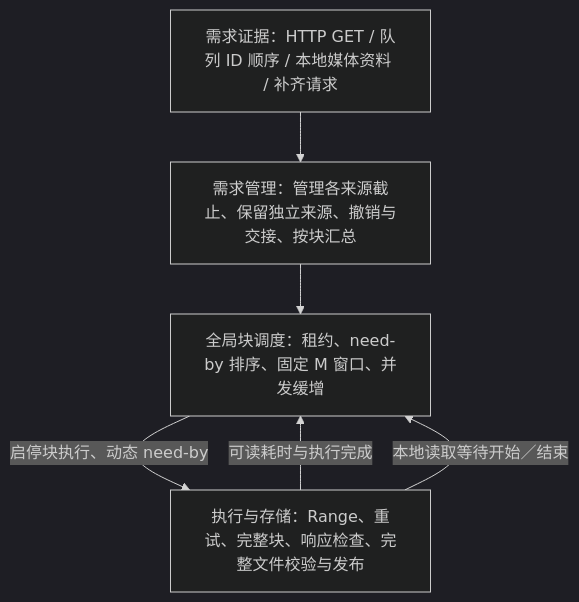
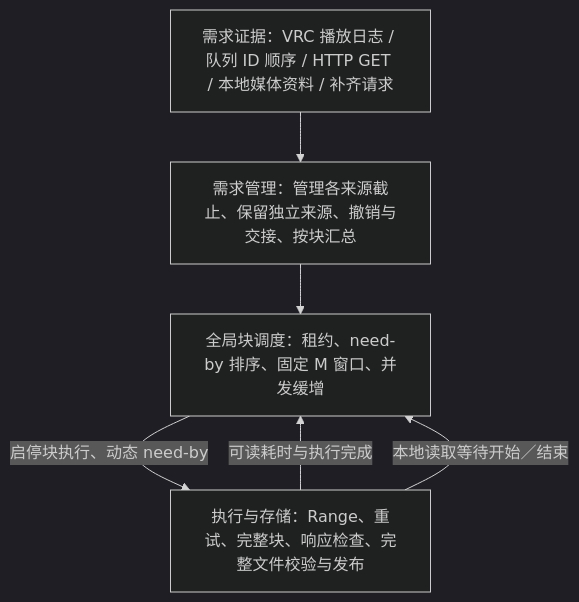
The diagram in docs/block-scheduler-design.md (SW26010/still-wanna-dance), drawn with Mermaid (dark theme) before and after one commit. The commit also changed other lines of this file and 24 other files, not shown here.

````diff
--- a/docs/block-scheduler-design.md
+++ b/docs/block-scheduler-design.md
@@ -30,11 +30,11 @@
 ```mermaid
 flowchart TD
-    A["需求证据：HTTP GET / 队列 ID 顺序 / 本地媒体资料 / 补齐请求"]
+    A["需求证据：VRC 播放日志 / 队列 ID 顺序 / HTTP GET / 本地媒体资料 / 补齐请求"]
     B["需求管理：管理各来源截止、保留独立来源、撤销与交接、按块汇总"]
     C["全局块调度：租约、need-by 排序、固定 M 窗口、并发缓增"]
     D["执行与存储：Range、重试、完整块、响应检查、完整文件校验与发布"]
     A --> B --> C
     C -->|"启停块执行、动态 need-by"| D
     D -->|"可读耗时与执行完成"| C
     D -->|"本地读取等待开始／结束"| C
 ```
````
